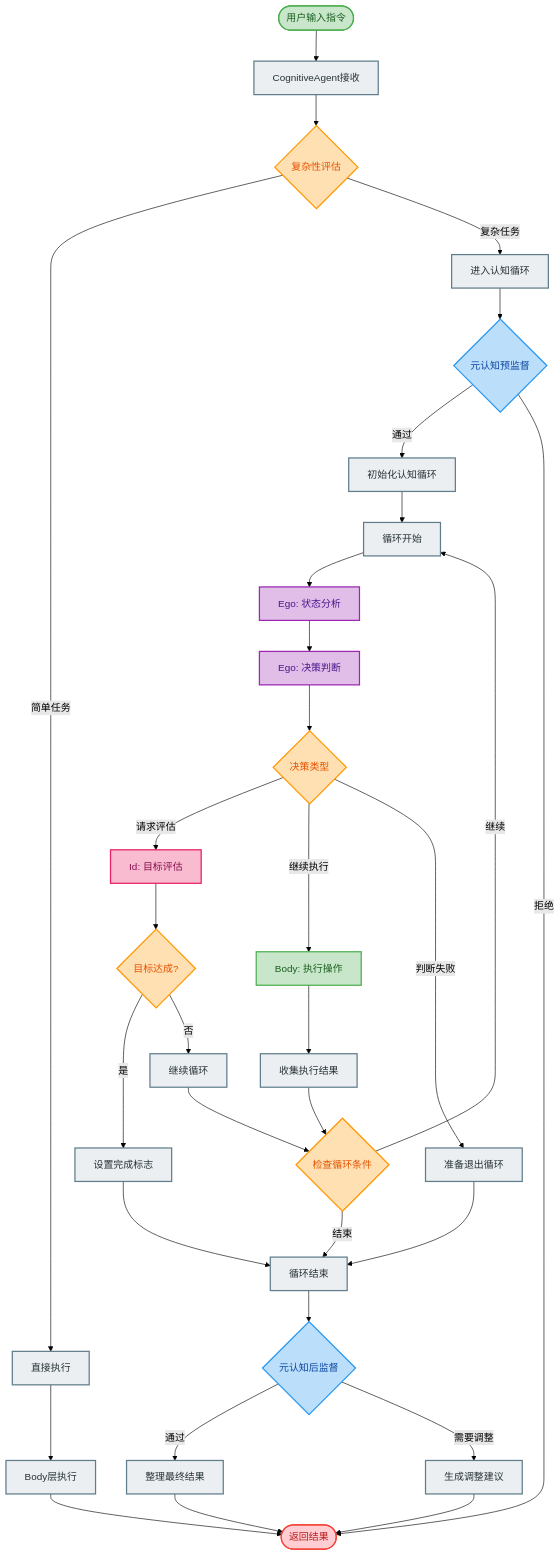
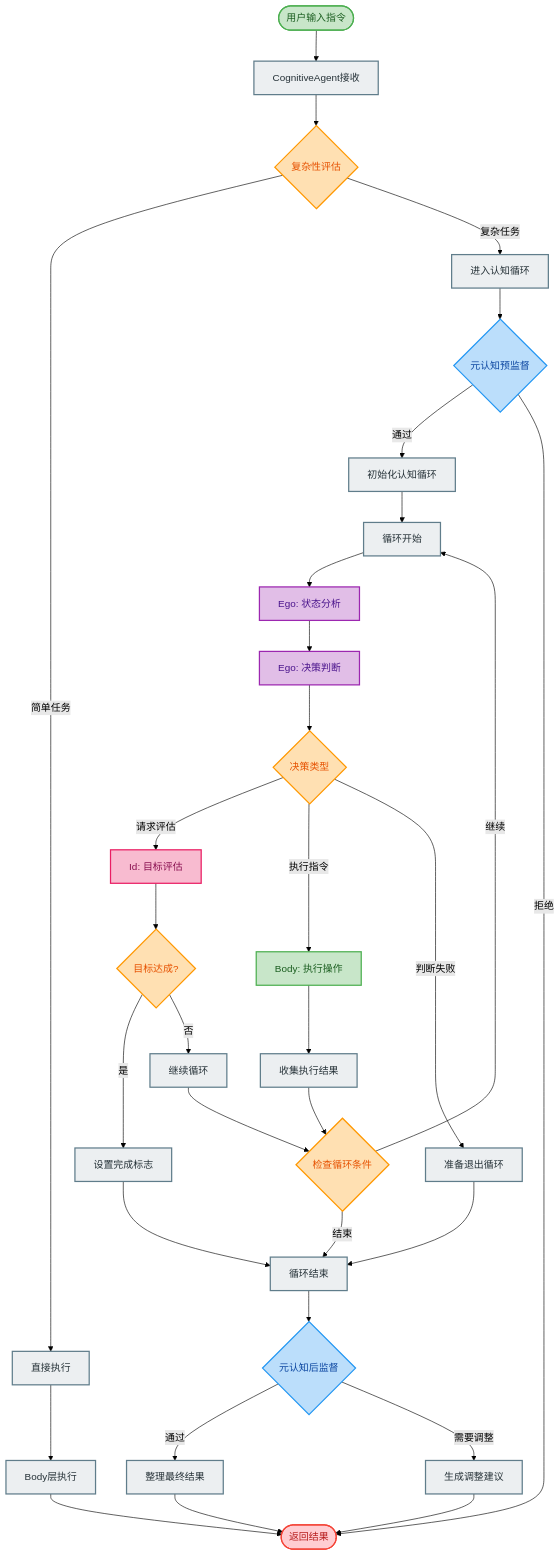
The second of 5 diagrams in embodied_cognitive_workflow/ai_docs/具身认知工作流技术实现架构文档.md (guci314/AgentFramework), drawn with Mermaid (forest theme) before and after one commit. The commit also changed other lines of this file and 161 other files, not shown here.

````diff
--- a/embodied_cognitive_workflow/ai_docs/具身认知工作流技术实现架构文档.md
+++ b/embodied_cognitive_workflow/ai_docs/具身认知工作流技术实现架构文档.md
@@ -284,71 +346,71 @@
 ```mermaid
 flowchart TD
     Start([用户输入指令]) --> A[CognitiveAgent接收]
     A --> B{复杂性评估}
     
     B -->|简单任务| C[直接执行]
     B -->|复杂任务| D[进入认知循环]
     
     C --> E[Body层执行]
     E --> End([返回结果])
     
     D --> F{元认知预监督}
     F -->|通过| G[初始化认知循环]
     F -->|拒绝| End
     
     G --> H[循环开始]
     H --> I[Ego: 状态分析]
     I --> J[Ego: 决策判断]
     
     J --> K{决策类型}
     K -->|请求评估| L[Id: 目标评估]
-    K -->|继续执行| M[Body: 执行操作]
+    K -->|执行指令| M[Body: 执行操作]
     K -->|判断失败| N[准备退出循环]
     
     L --> O{目标达成?}
     O -->|是| P[设置完成标志]
     O -->|否| Q[继续循环]
     
     M --> R[收集执行结果]
     R --> S{检查循环条件}
     
     P --> T[循环结束]
     Q --> S
     N --> T
     
     S -->|继续| H
     S -->|结束| T
     
     T --> U{元认知后监督}
     U -->|通过| V[整理最终结果]
     U -->|需要调整| W[生成调整建议]
     
     V --> End
     W --> End
     
     style Start fill:#c8e6c9,stroke:#4caf50,stroke-width:2px,color:#1b5e20
     style End fill:#ffcdd2,stroke:#f44336,stroke-width:2px,color:#b71c1c
     style B fill:#ffe0b2,stroke:#ff9800,stroke-width:2px,color:#e65100
     style K fill:#ffe0b2,stroke:#ff9800,stroke-width:2px,color:#e65100
     style O fill:#ffe0b2,stroke:#ff9800,stroke-width:2px,color:#e65100
     style S fill:#ffe0b2,stroke:#ff9800,stroke-width:2px,color:#e65100
     style F fill:#bbdefb,stroke:#2196f3,stroke-width:2px,color:#0d47a1
     style U fill:#bbdefb,stroke:#2196f3,stroke-width:2px,color:#0d47a1
     style I fill:#e1bee7,stroke:#9c27b0,stroke-width:2px,color:#4a148c
     style J fill:#e1bee7,stroke:#9c27b0,stroke-width:2px,color:#4a148c
     style L fill:#f8bbd0,stroke:#e91e63,stroke-width:2px,color:#880e4f
     style M fill:#c8e6c9,stroke:#4caf50,stroke-width:2px,color:#1b5e20
     style A fill:#eceff1,stroke:#607d8b,stroke-width:2px,color:#263238
     style C fill:#eceff1,stroke:#607d8b,stroke-width:2px,color:#263238
     style D fill:#eceff1,stroke:#607d8b,stroke-width:2px,color:#263238
     style E fill:#eceff1,stroke:#607d8b,stroke-width:2px,color:#263238
     style G fill:#eceff1,stroke:#607d8b,stroke-width:2px,color:#263238
     style H fill:#eceff1,stroke:#607d8b,stroke-width:2px,color:#263238
     style N fill:#eceff1,stroke:#607d8b,stroke-width:2px,color:#263238
     style P fill:#eceff1,stroke:#607d8b,stroke-width:2px,color:#263238
     style Q fill:#eceff1,stroke:#607d8b,stroke-width:2px,color:#263238
     style R fill:#eceff1,stroke:#607d8b,stroke-width:2px,color:#263238
     style T fill:#eceff1,stroke:#607d8b,stroke-width:2px,color:#263238
     style V fill:#eceff1,stroke:#607d8b,stroke-width:2px,color:#263238
     style W fill:#eceff1,stroke:#607d8b,stroke-width:2px,color:#263238
 ```
````
